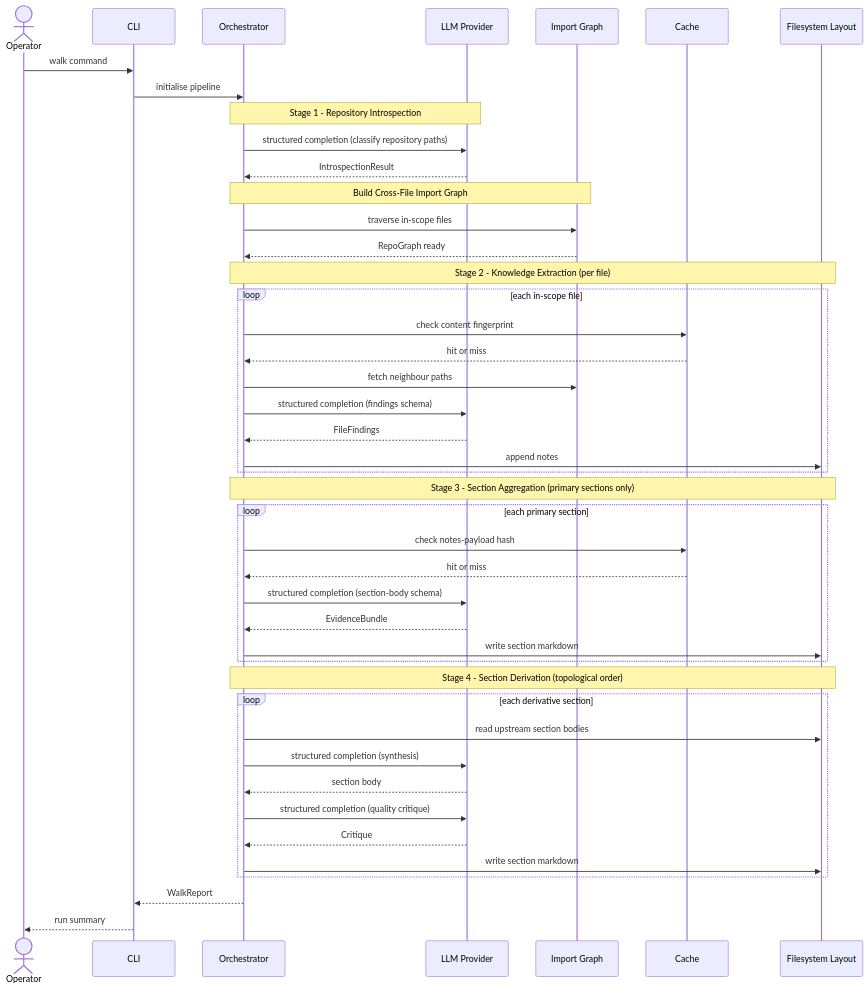
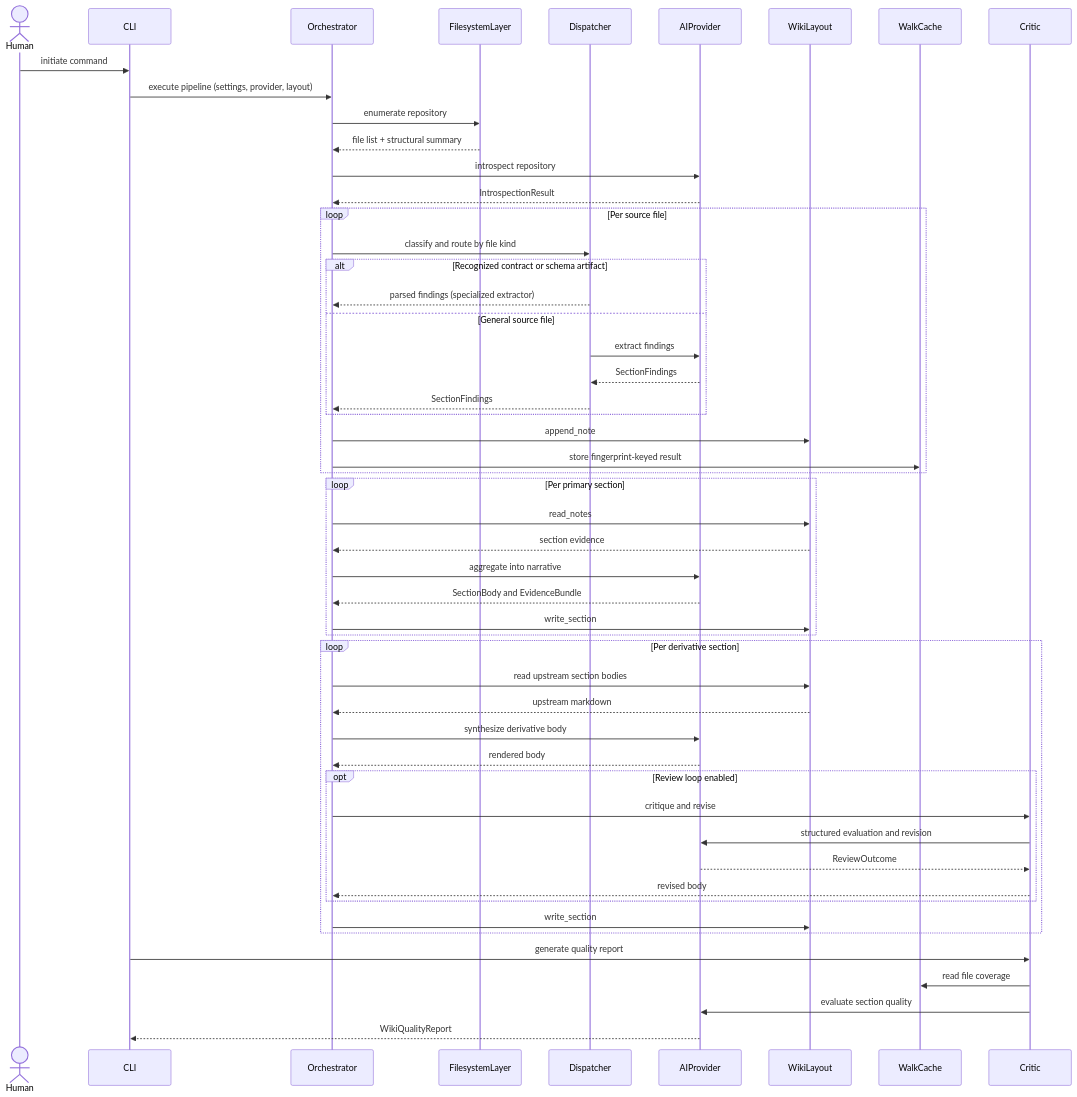
The third of 3 diagrams in .wikifi/diagrams.md (codeninja/wikifi), drawn with Mermaid before and after one commit. The commit also changed other lines of this file and 10 other files, not shown here.

````diff
--- a/.wikifi/diagrams.md
+++ b/.wikifi/diagrams.md
@@ -63,53 +120,61 @@
 ```mermaid
 sequenceDiagram
-    actor Operator
+    actor Human
     participant CLI
     participant Orchestrator
-    participant LLMProvider as LLM Provider
-    participant ImportGraph as Import Graph
-    participant Cache
-    participant Layout as Filesystem Layout
+    participant FilesystemLayer
+    participant Dispatcher
+    participant AIProvider
+    participant WikiLayout
+    participant WalkCache
+    participant Critic
 
-    Operator->>CLI: walk command
-    CLI->>Orchestrator: initialise pipeline
+    Human->>CLI: initiate command
+    CLI->>Orchestrator: execute pipeline (settings, provider, layout)
 
-    Note over Orchestrator,LLMProvider: Stage 1 - Repository Introspection
-    Orchestrator->>LLMProvider: structured completion (classify repository paths)
-    LLMProvider-->>Orchestrator: IntrospectionResult
+    Orchestrator->>FilesystemLayer: enumerate repository
+    FilesystemLayer-->>Orchestrator: file list + structural summary
 
-    Note over Orchestrator,ImportGraph: Build Cross-File Import Graph
-    Orchestrator->>ImportGraph: traverse in-scope files
-    ImportGraph-->>Orchestrator: RepoGraph ready
+    Orchestrator->>AIProvider: introspect repository
+    AIProvider-->>Orchestrator: IntrospectionResult
 
-    Note over Orchestrator,Layout: Stage 2 - Knowledge Extraction (per file)
-    loop each in-scope file
-        Orchestrator->>Cache: check content fingerprint
-        Cache-->>Orchestrator: hit or miss
-        Orchestrator->>ImportGraph: fetch neighbour paths
-        Orchestrator->>LLMProvider: structured completion (findings schema)
-        LLMProvider-->>Orchestrator: FileFindings
-        Orchestrator->>Layout: append notes
+    loop Per source file
+        Orchestrator->>Dispatcher: classify and route by file kind
+        alt Recognized contract or schema artifact
+            Dispatcher-->>Orchestrator: parsed findings (specialized extractor)
+        else General source file
+            Dispatcher->>AIProvider: extract findings
+            AIProvider-->>Dispatcher: SectionFindings
+            Dispatcher-->>Orchestrator: SectionFindings
+        end
+        Orchestrator->>WikiLayout: append_note
+        Orchestrator->>WalkCache: store fingerprint-keyed result
     end
 
-    Note over Orchestrator,Layout: Stage 3 - Section Aggregation (primary sections only)
-    loop each primary section
-        Orchestrator->>Cache: check notes-payload hash
-        Cache-->>Orchestrator: hit or miss
-        Orchestrator->>LLMProvider: structured completion (section-body schema)
-        LLMProvider-->>Orchestrator: EvidenceBundle
-        Orchestrator->>Layout: write section markdown
+    loop Per primary section
+        Orchestrator->>WikiLayout: read_notes
+        WikiLayout-->>Orchestrator: section evidence
+        Orchestrator->>AIProvider: aggregate into narrative
+        AIProvider-->>Orchestrator: SectionBody and EvidenceBundle
+        Orchestrator->>WikiLayout: write_section
     end
 
-    Note over Orchestrator,Layout: Stage 4 - Section Derivation (topological order)
-    loop each derivative section
-        Orchestrator->>Layout: read upstream section bodies
-        Orchestrator->>LLMProvider: structured completion (synthesis)
-        LLMProvider-->>Orchestrator: section body
-        Orchestrator->>LLMProvider: structured completion (quality critique)
-        LLMProvider-->>Orchestrator: Critique
-        Orchestrator->>Layout: write section markdown
+    loop Per derivative section
+        Orchestrator->>WikiLayout: read upstream section bodies
+        WikiLayout-->>Orchestrator: upstream markdown
+        Orchestrator->>AIProvider: synthesize derivative body
+        AIProvider-->>Orchestrator: rendered body
+        opt Review loop enabled
+            Orchestrator->>Critic: critique and revise
+            Critic->>AIProvider: structured evaluation and revision
+            AIProvider-->>Critic: ReviewOutcome
+            Critic-->>Orchestrator: revised body
+        end
+        Orchestrator->>WikiLayout: write_section
     end
 
-    Orchestrator-->>CLI: WalkReport
-    CLI-->>Operator: run summary
+    CLI->>Critic: generate quality report
+    Critic->>WalkCache: read file coverage
+    Critic->>AIProvider: evaluate section quality
+    AIProvider-->>CLI: WikiQualityReport
 ```
````
